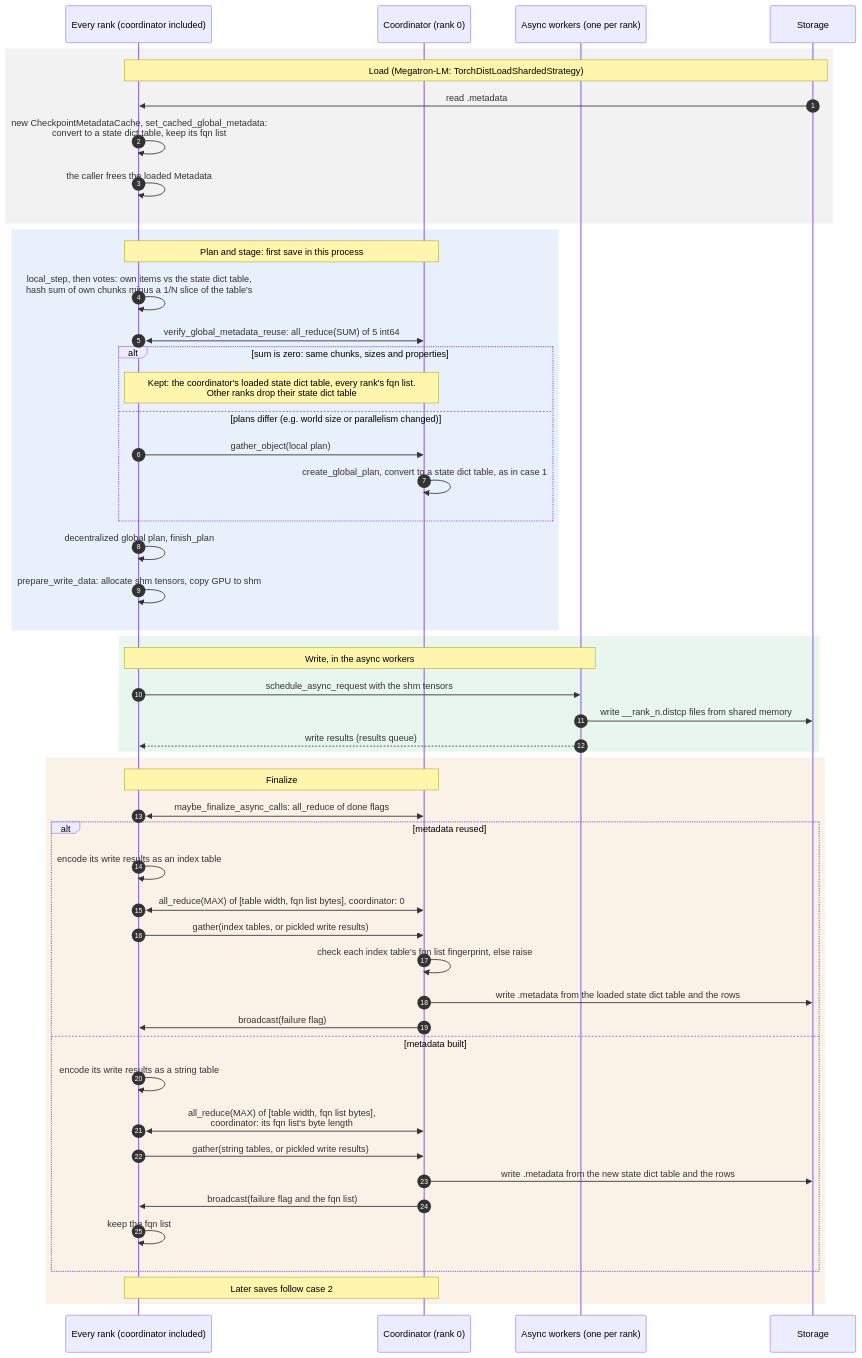
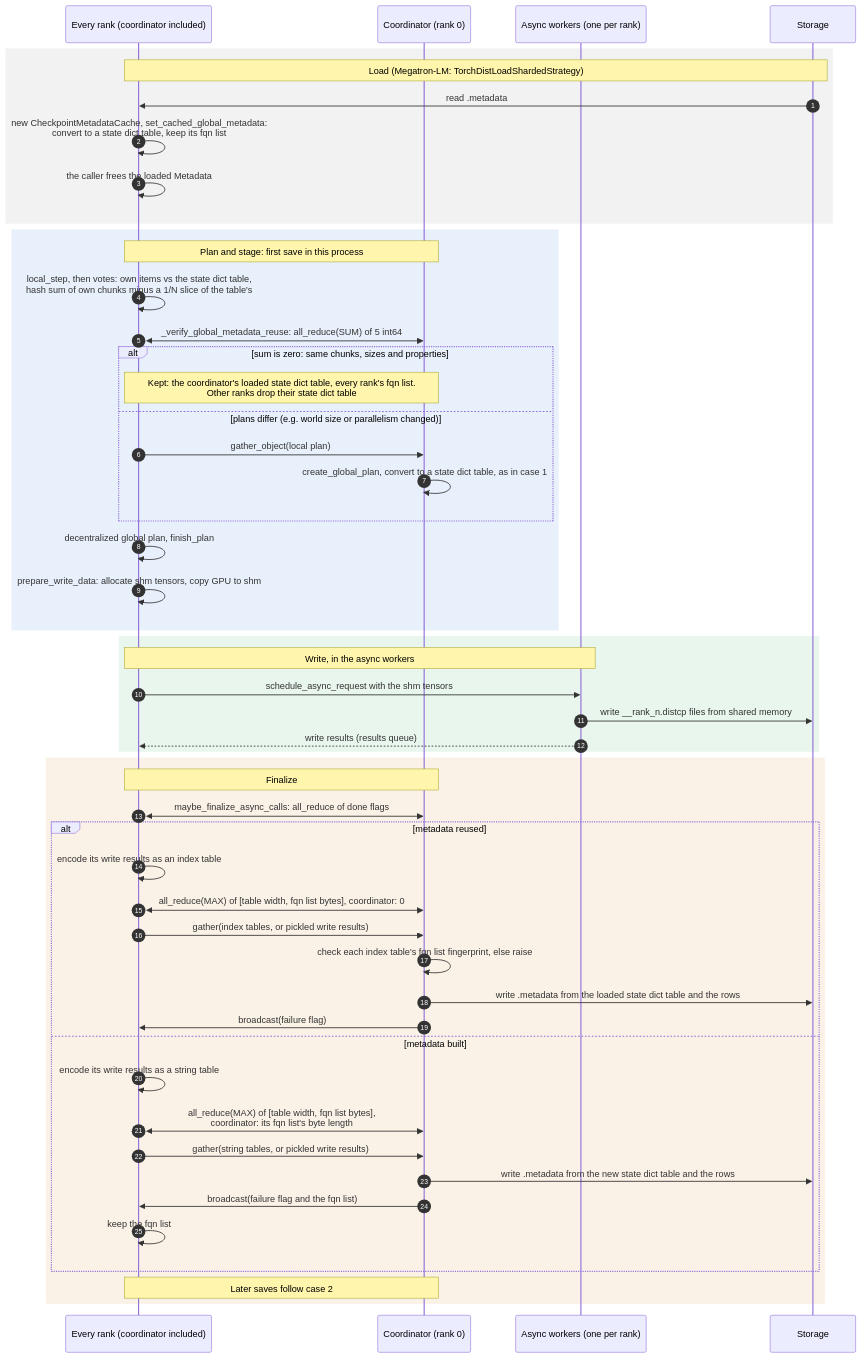
The fifth of 5 diagrams in docs/design/checkpoint/ASYNC_SAVE.md (NVIDIA/nvidia-resiliency-ext), drawn with Mermaid before and after one commit. The commit also changed other lines of this file and 10 other files, not shown here.

````diff
--- a/docs/design/checkpoint/ASYNC_SAVE.md
+++ b/docs/design/checkpoint/ASYNC_SAVE.md
@@ -358,57 +358,57 @@
 ```mermaid
 sequenceDiagram
     autonumber
     participant R as Every rank (coordinator included)
     participant C as Coordinator (rank 0)
     participant W as Async workers (one per rank)
     participant S as Storage
 
     rect rgba(150, 150, 150, 0.12)
     Note over R,S: Load (Megatron-LM: TorchDistLoadShardedStrategy)
     S->>R: read .metadata
     R->>R: new CheckpointMetadataCache, set_cached_global_metadata:<br/>convert to a state dict table, keep its fqn list
     R->>R: the caller frees the loaded Metadata
     end
 
     rect rgba(70, 130, 220, 0.12)
     Note over R,C: Plan and stage: first save in this process
     R->>R: local_step, then votes: own items vs the state dict table,<br/>hash sum of own chunks minus a 1/N slice of the table's
-    R<<->>C: verify_global_metadata_reuse: all_reduce(SUM) of 5 int64
+    R<<->>C: _verify_global_metadata_reuse: all_reduce(SUM) of 5 int64
     alt sum is zero: same chunks, sizes and properties
         Note over R,C: Kept: the coordinator's loaded state dict table, every rank's fqn list.<br/>Other ranks drop their state dict table
     else plans differ (e.g. world size or parallelism changed)
         R->>C: gather_object(local plan)
         C->>C: create_global_plan, convert to a state dict table, as in case 1
     end
     R->>R: decentralized global plan, finish_plan
     R->>R: prepare_write_data: allocate shm tensors, copy GPU to shm
     end
 
     rect rgba(70, 180, 110, 0.12)
     Note over R,W: Write, in the async workers
     R->>W: schedule_async_request with the shm tensors
     W->>S: write __rank_n.distcp files from shared memory
     W-->>R: write results (results queue)
     end
 
     rect rgba(220, 150, 60, 0.12)
     Note over R,C: Finalize
     R<<->>C: maybe_finalize_async_calls: all_reduce of done flags
     alt metadata reused
         R->>R: encode its write results as an index table
         R<<->>C: all_reduce(MAX) of [table width, fqn list bytes], coordinator: 0
         R->>C: gather(index tables, or pickled write results)
         C->>C: check each index table's fqn list fingerprint, else raise
         C->>S: write .metadata from the loaded state dict table and the rows
         C->>R: broadcast(failure flag)
     else metadata built
         R->>R: encode its write results as a string table
         R<<->>C: all_reduce(MAX) of [table width, fqn list bytes],<br/>coordinator: its fqn list's byte length
         R->>C: gather(string tables, or pickled write results)
         C->>S: write .metadata from the new state dict table and the rows
         C->>R: broadcast(failure flag and the fqn list)
         R->>R: keep the fqn list
     end
     Note over R,C: Later saves follow case 2
     end
 ```
````
